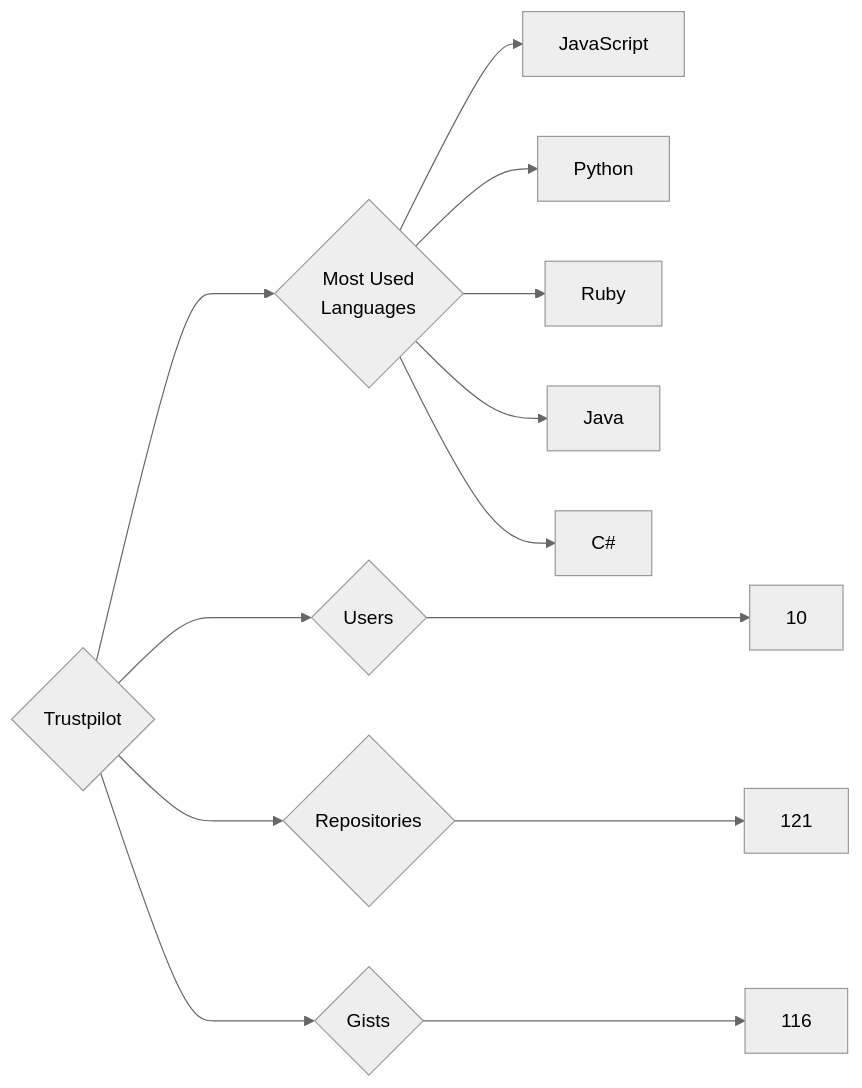
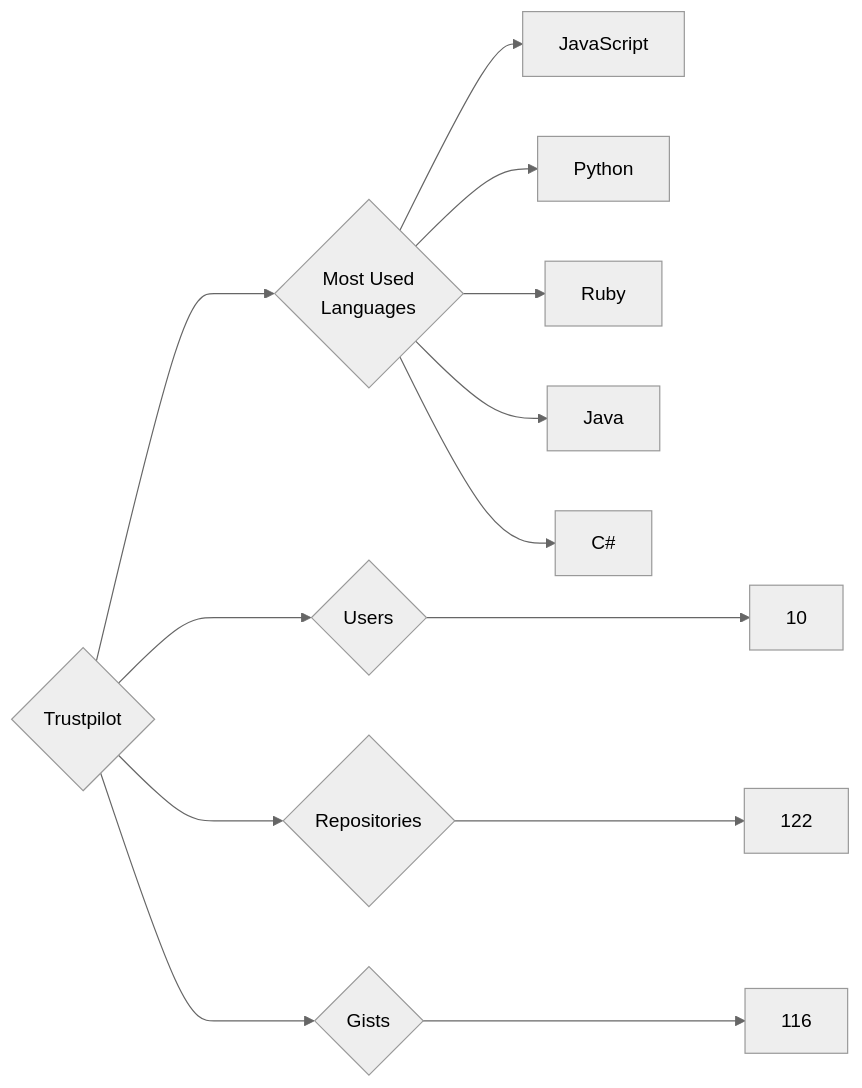
Before and after one commit to trickest/insiders: the diagram in targets/Trustpilot/README.md, drawn with Mermaid (neutral theme). The commit also changed 797 other files, not shown here.

````diff
--- a/targets/Trustpilot/README.md
+++ b/targets/Trustpilot/README.md
@@ -3,13 +3,13 @@
 ```mermaid
 graph LR
 COMPANY_NAME{Trustpilot}
 COMPANY_NAME ---> U{Users} ---> UN[10]
-COMPANY_NAME ---> R{Repositories} ---> RN[121]
+COMPANY_NAME ---> R{Repositories} ---> RN[122]
 COMPANY_NAME ---> G{Gists} ---> GN[116]
 COMPANY_NAME ---> ML{Most Used<br>Languages}
 ML --> JavaScript[JavaScript]
 ML --> Python[Python]
 ML --> Ruby[Ruby]
 ML --> Java[Java]
 ML --> C#[C#]
 ```
````
